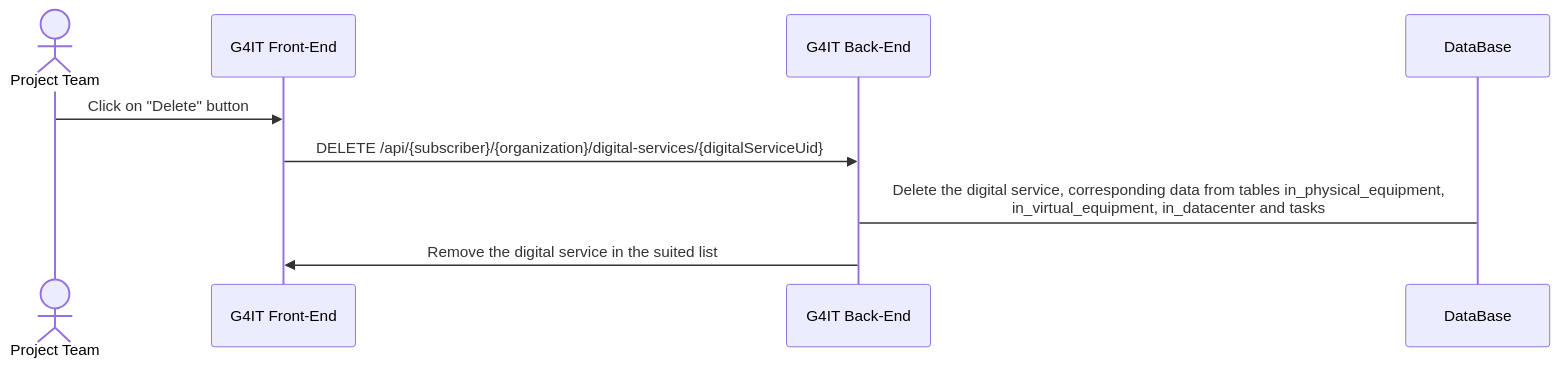
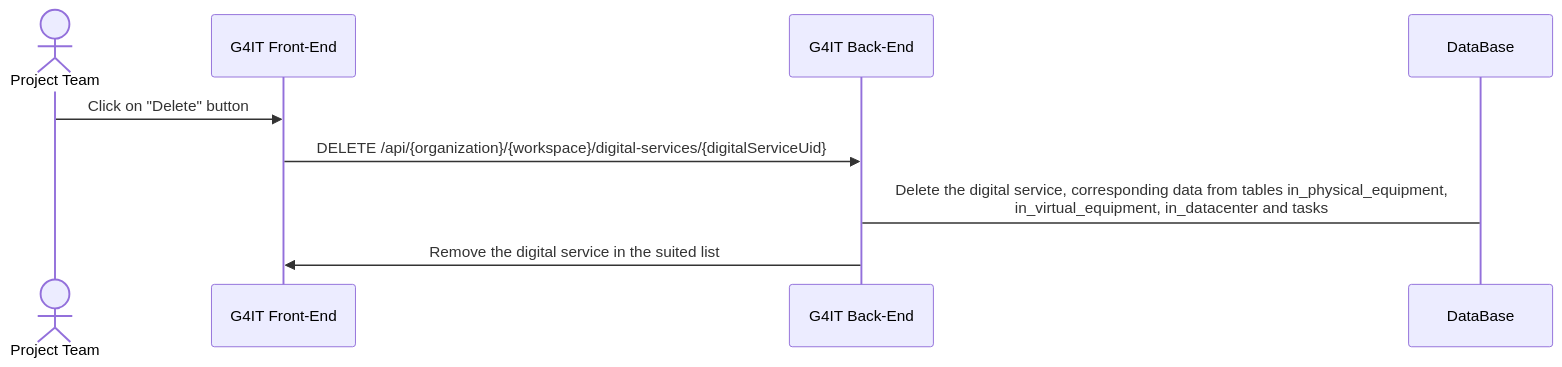
Before and after one commit to teamg4it/g4it: the second of 2 diagrams in services/documentation/content/2-functional-documentation/use_cases/uc_digital_services/uc7_delete_digital_service.md, drawn with Mermaid. The commit also changed other lines of this file and 92 other files, not shown here.

```diff
--- a/services/documentation/content/2-functional-documentation/use_cases/uc_digital_services/uc7_delete_digital_service.md
+++ b/services/documentation/content/2-functional-documentation/use_cases/uc_digital_services/uc7_delete_digital_service.md
@@ -58,12 +58,12 @@
 {{< mermaid >}}
 sequenceDiagram
 actor RND as Project Team
 participant front as G4IT Front-End
 participant back as G4IT Back-End
 participant DataBase
 
 RND ->> front: Click on "Delete" button
-front ->> back: DELETE /api/{subscriber}/{organization}/digital-services/{digitalServiceUid}
+front ->> back: DELETE /api/{organization}/{workspace}/digital-services/{digitalServiceUid}
 back -> DataBase: Delete the digital service, corresponding data from tables in_physical_equipment,<br> in_virtual_equipment, in_datacenter and tasks
 back ->> front: Remove the digital service in the suited list
 {{</ mermaid >}}
```
